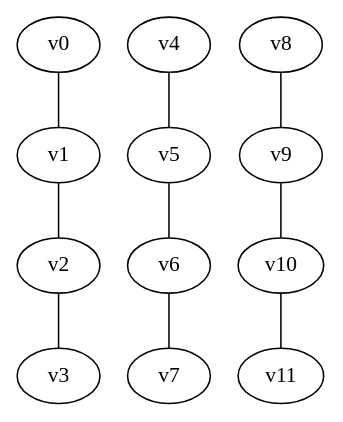
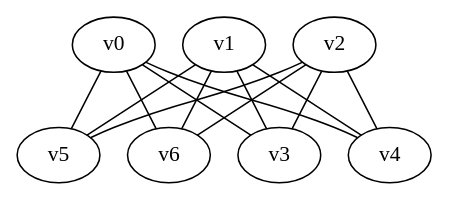
Before and after one commit to jo20046/graphen: the diagram in cmake-build-debug/aus_adjazenz.gv, drawn with Graphviz. The commit also changed 7 other files, not shown here.

Commit message:
- Refactor für Graph::is_verbunden() (Aufgabe 8.5.2)

```diff
--- a/cmake-build-debug/aus_adjazenz.gv
+++ b/cmake-build-debug/aus_adjazenz.gv
@@ -1,23 +1,21 @@
 graph {
   v0
   v1
   v2
   v3
   v4
   v5
   v6
-  v7
-  v8
-  v9
-  v10
-  v11
-  v0 -- v1
-  v1 -- v2
+  v0 -- v3
+  v0 -- v4
+  v0 -- v5
+  v0 -- v6
+  v1 -- v3
+  v1 -- v4
+  v1 -- v5
+  v1 -- v6
   v2 -- v3
-  v4 -- v5
-  v5 -- v6
-  v6 -- v7
-  v8 -- v9
-  v9 -- v10
-  v10 -- v11
+  v2 -- v4
+  v2 -- v5
+  v2 -- v6
 }
```
